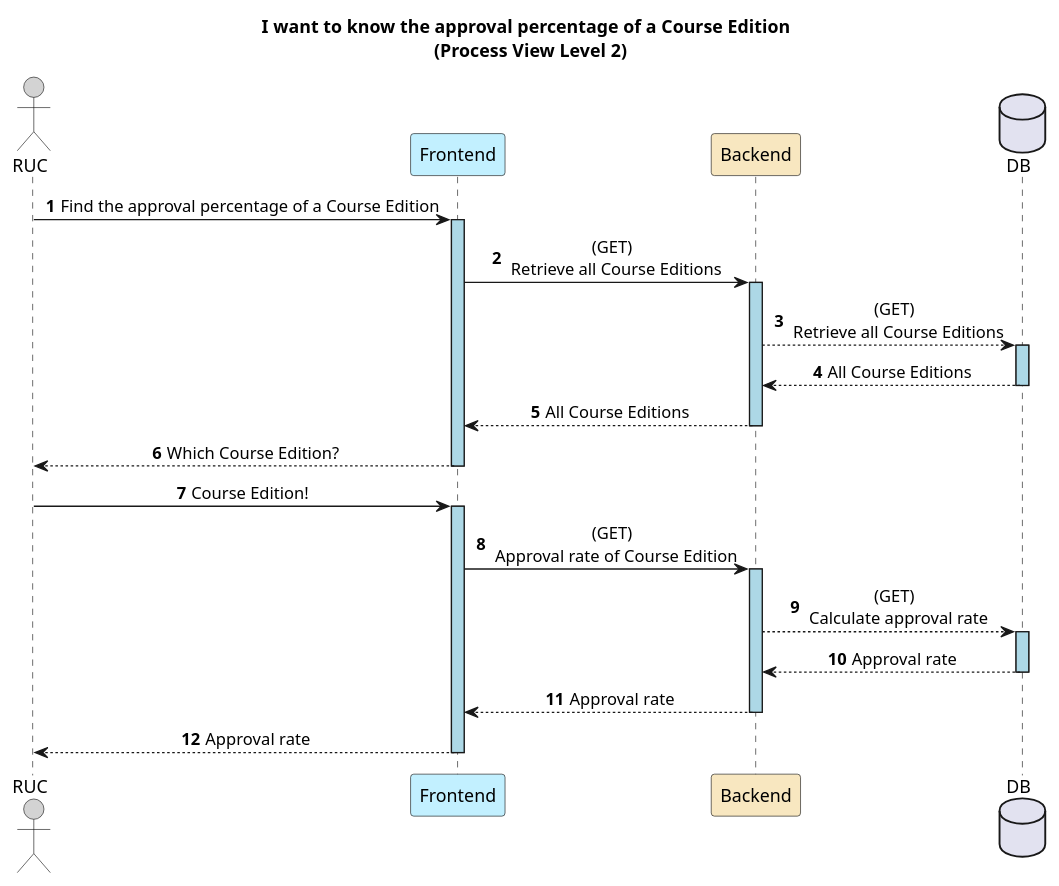
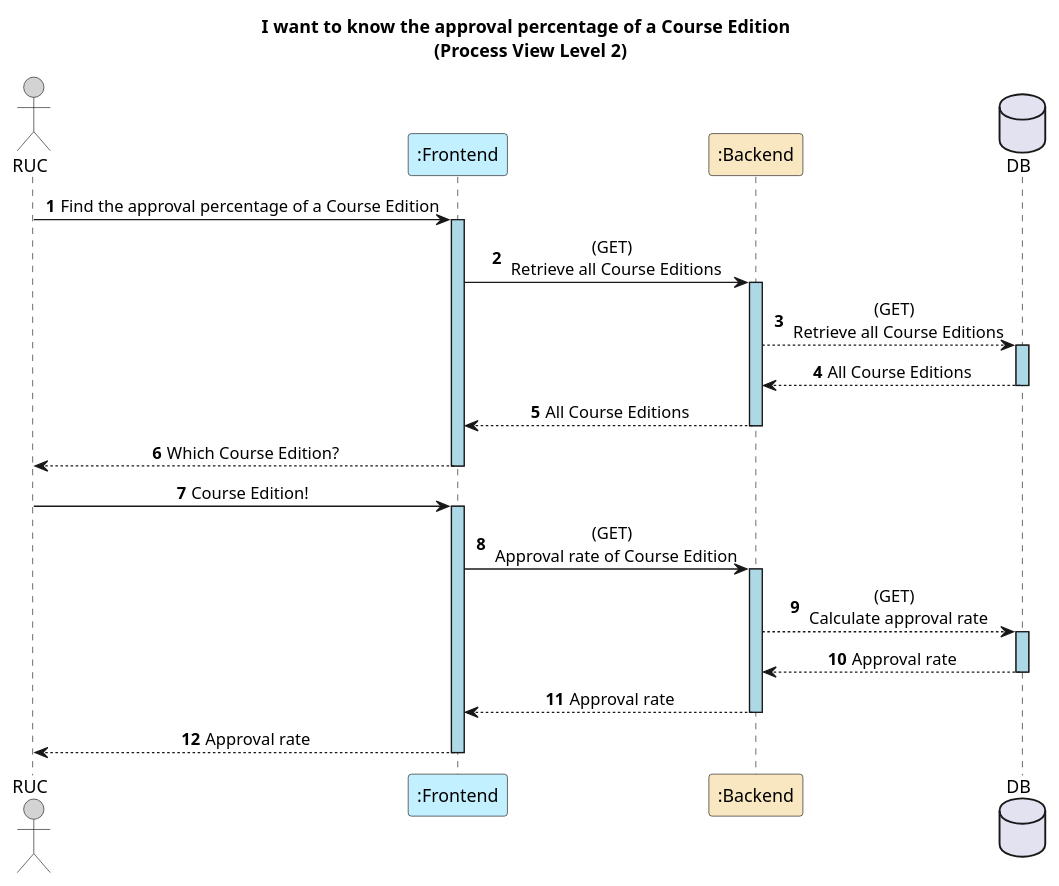
The diagram in docs/US23/REST_API/ProcessView/Level2.puml (GasparISEP/DevOps-PAI), drawn with PlantUML before and after one commit. The commit also changed 4 other files, not shown here.

Commit message:
Update ProcessView Level 4's Diagram and added two Interaction Uses to complement it. Refs #565

```diff
--- a/docs/US23/REST_API/ProcessView/Level2.puml
+++ b/docs/US23/REST_API/ProcessView/Level2.puml
@@ -1,40 +1,40 @@
 @startuml
 autonumber
 skinparam sequenceMessageAlign center
 skinparam sequenceLifeLineBackgroundColor lightblue
 title: I want to know the approval percentage of a Course Edition \n (Process View Level 2)
 actor RUC as RUC #lightgrey
 
-participant "Frontend" as FE #application
-participant "Backend" as BE #strategy
+participant ":Frontend" as FE #application
+participant ":Backend" as BE #strategy
 database DB
 
 
 RUC -> FE : Find the approval percentage of a Course Edition
 activate FE
 FE -> BE : (GET) \n Retrieve all Course Editions
 activate BE
 BE --> DB : (GET) \n Retrieve all Course Editions
 activate DB
 DB --> BE : All Course Editions
 deactivate DB
 BE --> FE : All Course Editions
 deactivate BE
 FE --> RUC : Which Course Edition?
 deactivate FE
 
 RUC -> FE: Course Edition!
 activate FE
 FE -> BE : (GET) \n Approval rate of Course Edition
 activate BE
 BE --> DB : (GET) \n Calculate approval rate
 activate DB
 DB --> BE :Approval rate
 deactivate DB
 BE --> FE : Approval rate
 deactivate BE
 FE --> RUC : Approval rate
 deactivate FE
 
 
 @enduml
```
